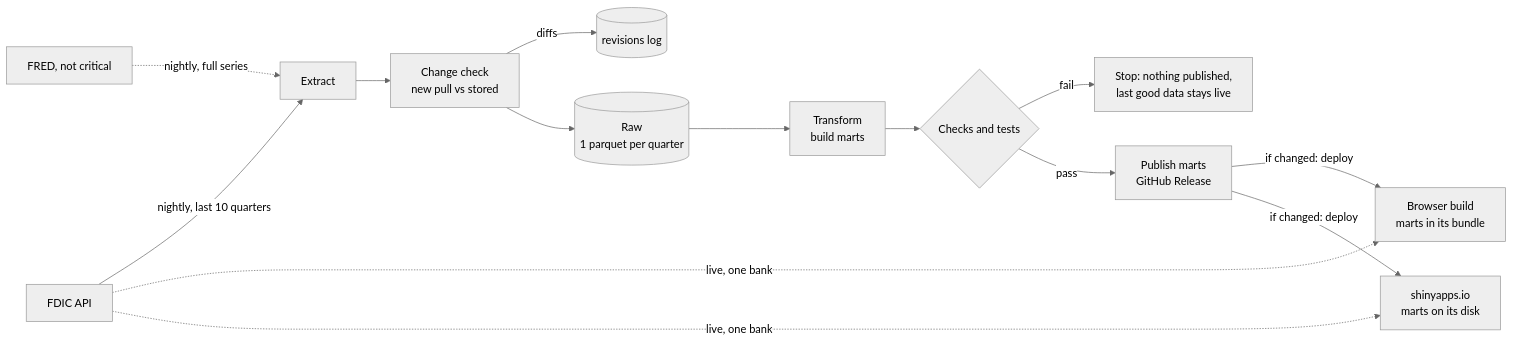
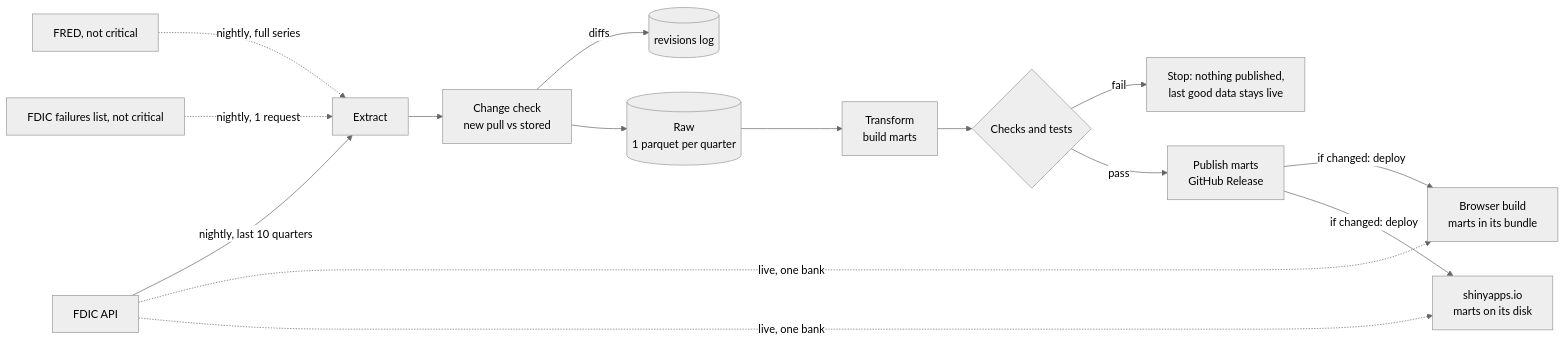
One commit to dan-burk/bank-check changed the diagram in pipeline/README.md. Above: the diagram before and after it, drawn with Mermaid (neutral theme). The commit also changed other lines of this file and 22 other files, not shown here.

First line of the commit message:
Pipeline: failures source and fail_panel built from raw

````diff
--- a/pipeline/README.md
+++ b/pipeline/README.md
@@ -9,16 +10,17 @@
 ```mermaid
 flowchart LR
   FDIC[FDIC API] -->|nightly, last 10 quarters| X[Extract]
   FRED[FRED, not critical] -.->|nightly, full series| X
+  FAIL[FDIC failures list, not critical] -.->|nightly, 1 request| X
   X --> C[Change check<br/>new pull vs stored]
   C -->|diffs| REV[(revisions log)]
   C --> RAW[(Raw<br/>1 parquet per quarter)]
   RAW --> T[Transform<br/>build marts]
   T --> I{Checks and tests}
   I -->|fail| STOP[Stop: nothing published,<br/>last good data stays live]
   I -->|pass| PUB[Publish marts<br/>GitHub Release]
   PUB -->|if changed: deploy| PAGES[Browser build<br/>marts in its bundle]
   PUB -->|if changed: deploy| SAPP[shinyapps.io<br/>marts on its disk]
   FDIC -.->|live, one bank| PAGES
   FDIC -.->|live, one bank| SAPP
 ```
````
